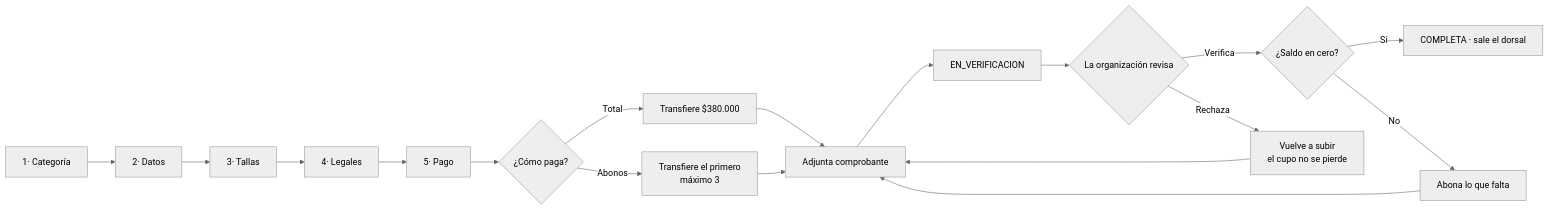
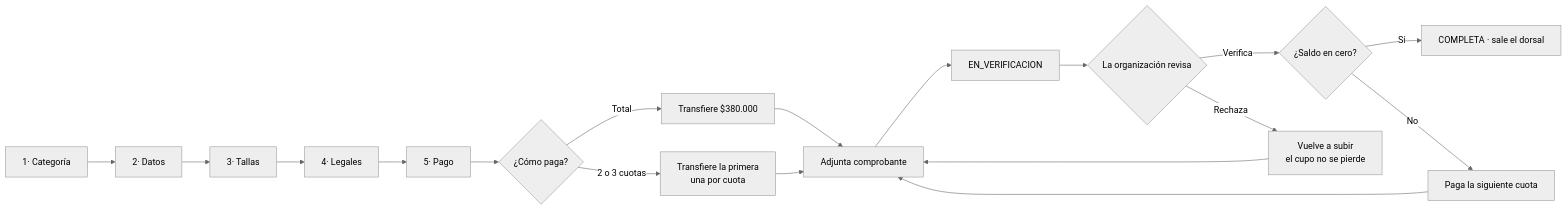
The second of 5 diagrams in README.md (davideliaspalacio/cycling-web), drawn with Mermaid (neutral theme) before and after one commit. The commit also changed other lines of this file and 19 other files, not shown here.

````diff
--- a/README.md
+++ b/README.md
@@ -68,18 +68,18 @@
 ```mermaid
 flowchart LR
   A["1· Categoría"] --> B["2· Datos"] --> C["3· Tallas"]
   C --> D["4· Legales"] --> E["5· Pago"]
   E --> F{"¿Cómo paga?"}
   F -->|Total| G["Transfiere $380.000"]
-  F -->|Abonos| H["Transfiere el primero<br/>máximo 3"]
+  F -->|2 o 3 cuotas| H["Transfiere la primera<br/>una por cuota"]
   G --> I["Adjunta comprobante"]
   H --> I
   I --> J["EN_VERIFICACION"]
   J --> K{"La organización revisa"}
   K -->|Verifica| L{"¿Saldo en cero?"}
   K -->|Rechaza| M["Vuelve a subir<br/>el cupo no se pierde"]
   M --> I
   L -->|Sí| N["COMPLETA · sale el dorsal"]
-  L -->|No| O["Abona lo que falta"]
+  L -->|No| O["Paga la siguiente cuota"]
   O --> I
 ```
````
